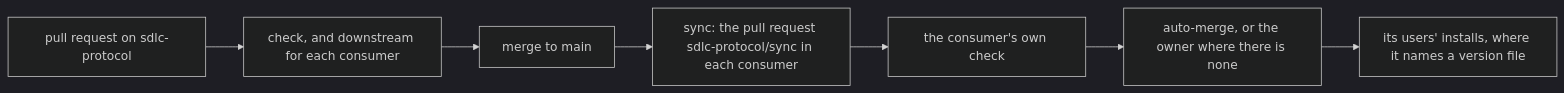
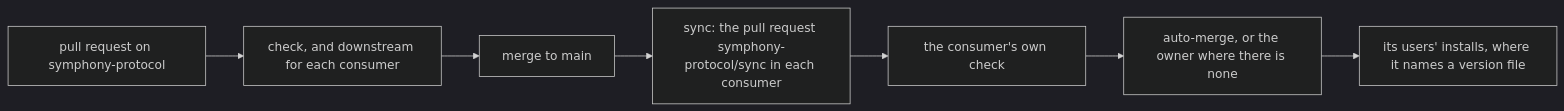
The second of 2 diagrams in ECOSYSTEM.md (OpenSpineConsortium/sdlc-protocol), drawn with Mermaid (dark theme) before and after one commit. The commit also changed other lines of this file and 15 other files, not shown here.

````diff
--- a/ECOSYSTEM.md
+++ b/ECOSYSTEM.md
@@ -105,9 +105,9 @@
 ```mermaid
 flowchart LR
-  pr["pull request on sdlc-protocol"] --> checks["check, and downstream for each consumer"]
+  pr["pull request on symphony-protocol"] --> checks["check, and downstream for each consumer"]
   checks --> merge["merge to main"]
-  merge --> pulls["sync: the pull request sdlc-protocol/sync in each consumer"]
+  merge --> pulls["sync: the pull request symphony-protocol/sync in each consumer"]
   pulls --> theirs["the consumer's own check"]
   theirs --> lands["auto-merge, or the owner where there is none"]
   lands --> users["its users' installs, where it names a version file"]
 ```
````
